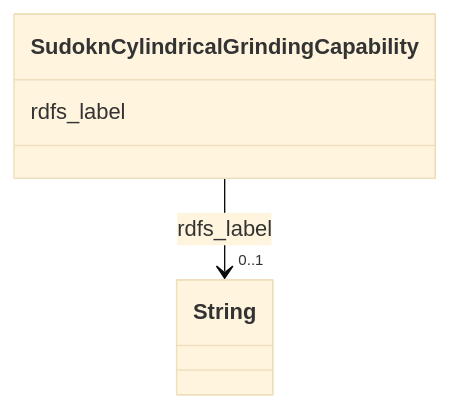
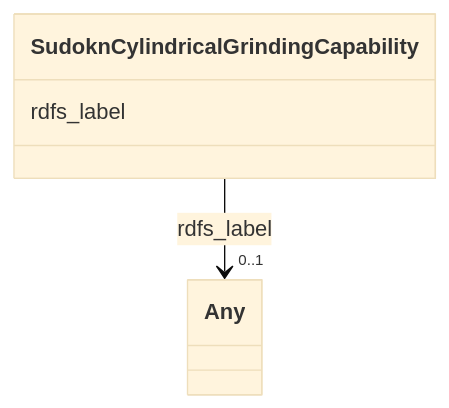
The diagram in sudokn-kg/classes/SudoknCylindricalGrindingCapability.md (frink-okn/graph-descriptions), drawn with Mermaid (base theme) before and after one commit. The commit also changed other lines of this file and 903 other files, not shown here.

````diff
--- a/sudokn-kg/classes/SudoknCylindricalGrindingCapability.md
+++ b/sudokn-kg/classes/SudoknCylindricalGrindingCapability.md
@@ -23,15 +18,15 @@
 ```mermaid
  classDiagram
     class SudoknCylindricalGrindingCapability
     click SudoknCylindricalGrindingCapability href "../SudoknCylindricalGrindingCapability"
       SudoknCylindricalGrindingCapability : rdfs_label
         
           
     
     
-    SudoknCylindricalGrindingCapability --> "0..1" String : rdfs_label
-    click String href "../String"
+    SudoknCylindricalGrindingCapability --> "0..1" Any : rdfs_label
+    click Any href "../Any"
 
         
       
 ```
````
